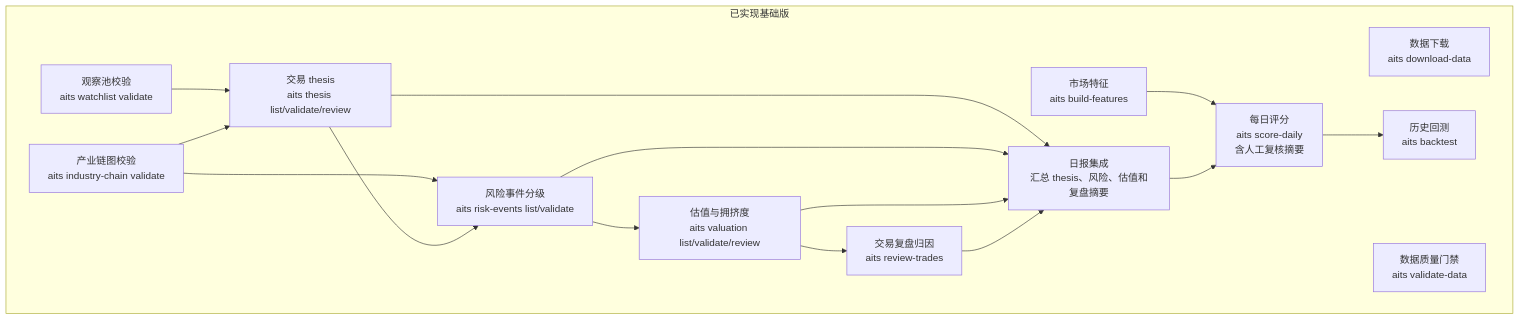
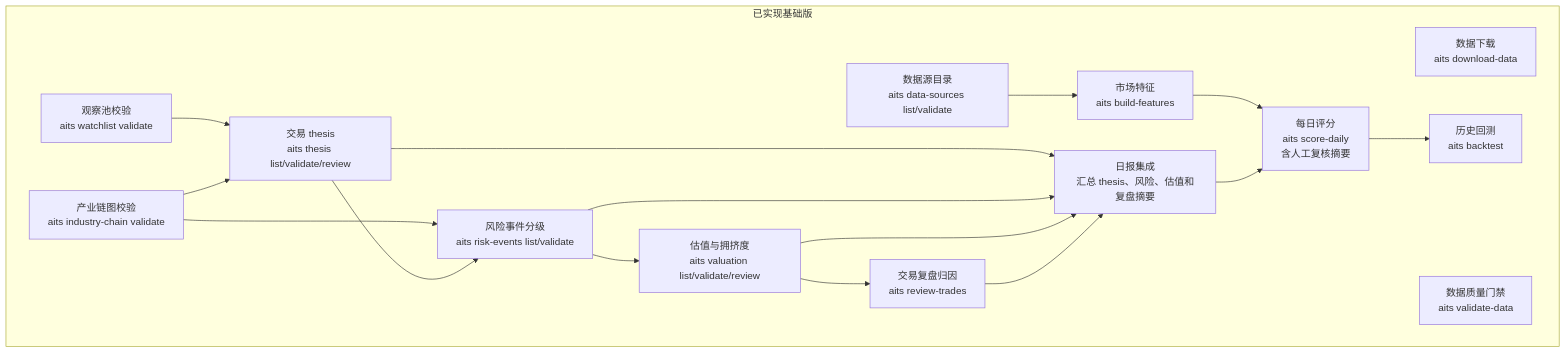
The fifth of 5 diagrams in docs/system_flow.md (AI-Trading-Collaboration/AITradingSystem), drawn with Mermaid before and after one commit. The commit also changed other lines of this file and 11 other files, not shown here.

````diff
--- a/docs/system_flow.md
+++ b/docs/system_flow.md
@@ -259,31 +266,33 @@
 ```mermaid
 flowchart TD
     subgraph Done["已实现基础版"]
         A["数据下载<br/>aits download-data"]
         B["数据质量门禁<br/>aits validate-data"]
         C["市场特征<br/>aits build-features"]
         D["每日评分<br/>aits score-daily<br/>含人工复核摘要"]
         E["历史回测<br/>aits backtest"]
         F["观察池校验<br/>aits watchlist validate"]
         G["产业链图校验<br/>aits industry-chain validate"]
         H["交易 thesis<br/>aits thesis list/validate/review"]
         I["风险事件分级<br/>aits risk-events list/validate"]
         J["估值与拥挤度<br/>aits valuation list/validate/review"]
         K["交易复盘归因<br/>aits review-trades"]
         L["日报集成<br/>汇总 thesis、风险、估值和复盘摘要"]
+        M["数据源目录<br/>aits data-sources list/validate"]
     end
 
     C --> D
     D --> E
     F --> H
     G --> H
     G --> I
     H --> I
     I --> J
     J --> K
+    M --> C
     H --> L
     I --> L
     J --> L
     K --> L
     L --> D
 ```
````
